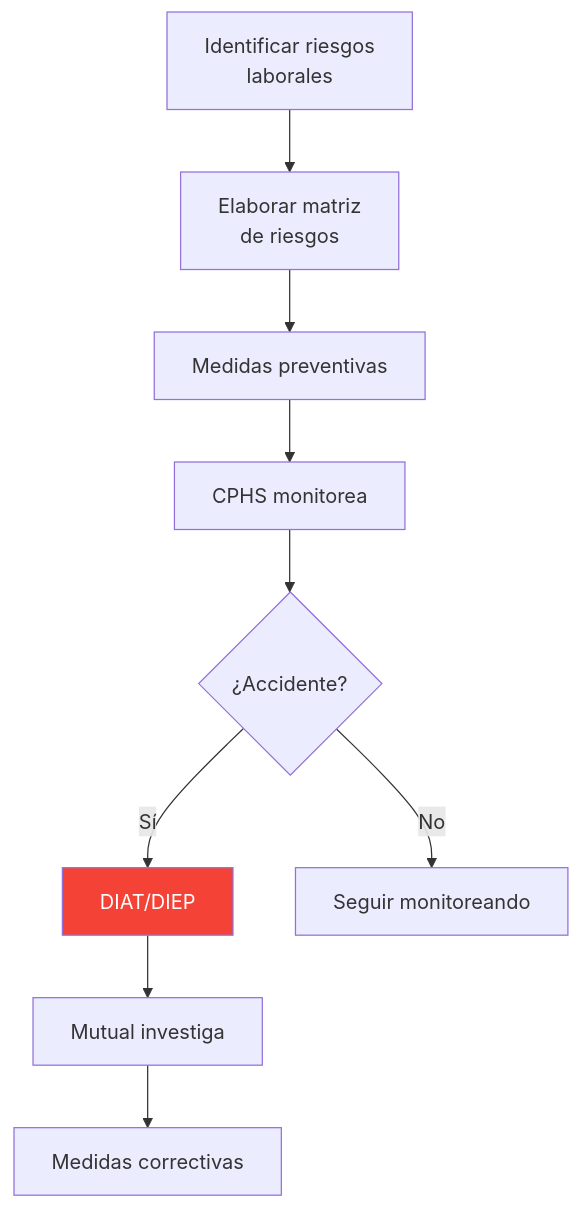
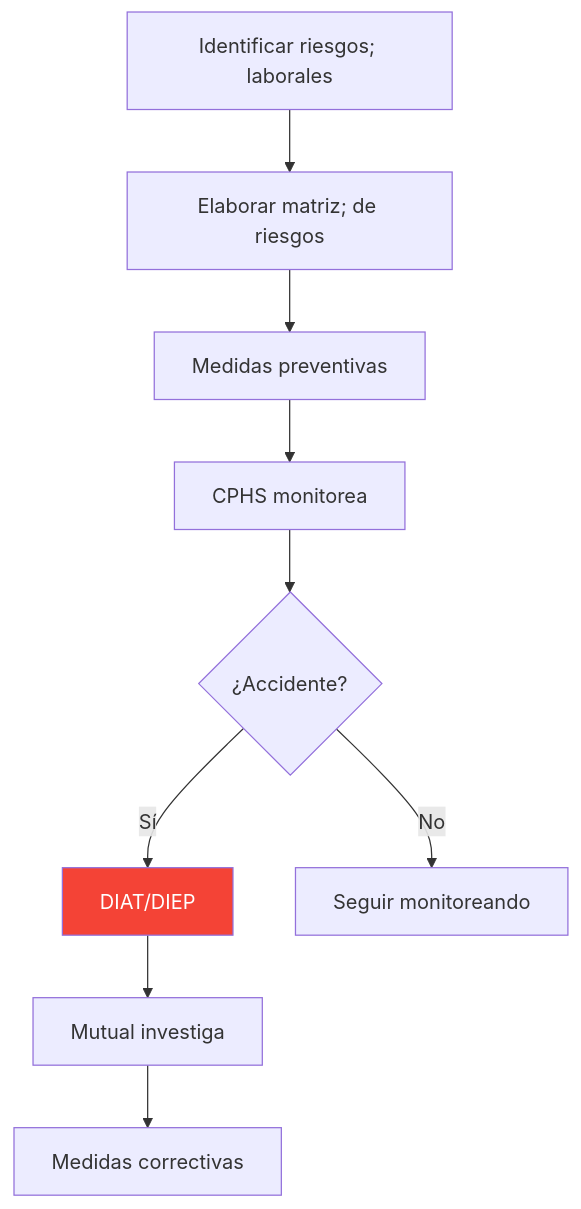
Before and after one commit to felix-antonio-sl/kora: the ninth of 9 diagrams in drafts/gn/bpmn/bpmn-d07-rrhh.md, drawn with Mermaid. The commit also changed other lines of this file and 265 other files, not shown here.

````diff
--- a/drafts/gn/bpmn/bpmn-d07-rrhh.md
+++ b/drafts/gn/bpmn/bpmn-d07-rrhh.md
@@ -293,12 +347,13 @@
 ```mermaid
 flowchart TD
-    A["Identificar riesgos<br/>laborales"] --> B["Elaborar matriz<br/>de riesgos"]
-    B --> C["Medidas preventivas"]
-    C --> D["CPHS monitorea"]
-    D --> E{"¿Accidente?"}
-    E -->|"Sí"| F["DIAT/DIEP"]
-    E -->|"No"| G["Seguir monitoreando"]
-    F --> H["Mutual investiga"]
-    H --> I["Medidas correctivas"]
-    style F fill:#f44336,color:#fff
+ A["Identificar riesgos; laborales"] --> B["Elaborar matriz; de riesgos"]
+ B --> C["Medidas preventivas"]
+ C --> D["CPHS monitorea"]
+ D --> E{"¿Accidente?"}
+ E -->|"Sí"| F["DIAT/DIEP"]
+ E -->|"No"| G["Seguir monitoreando"]
+ F --> H["Mutual investiga"]
+ H --> I["Medidas correctivas"]
+
+ style F fill:#f44336,color:#fff
 ```
````
